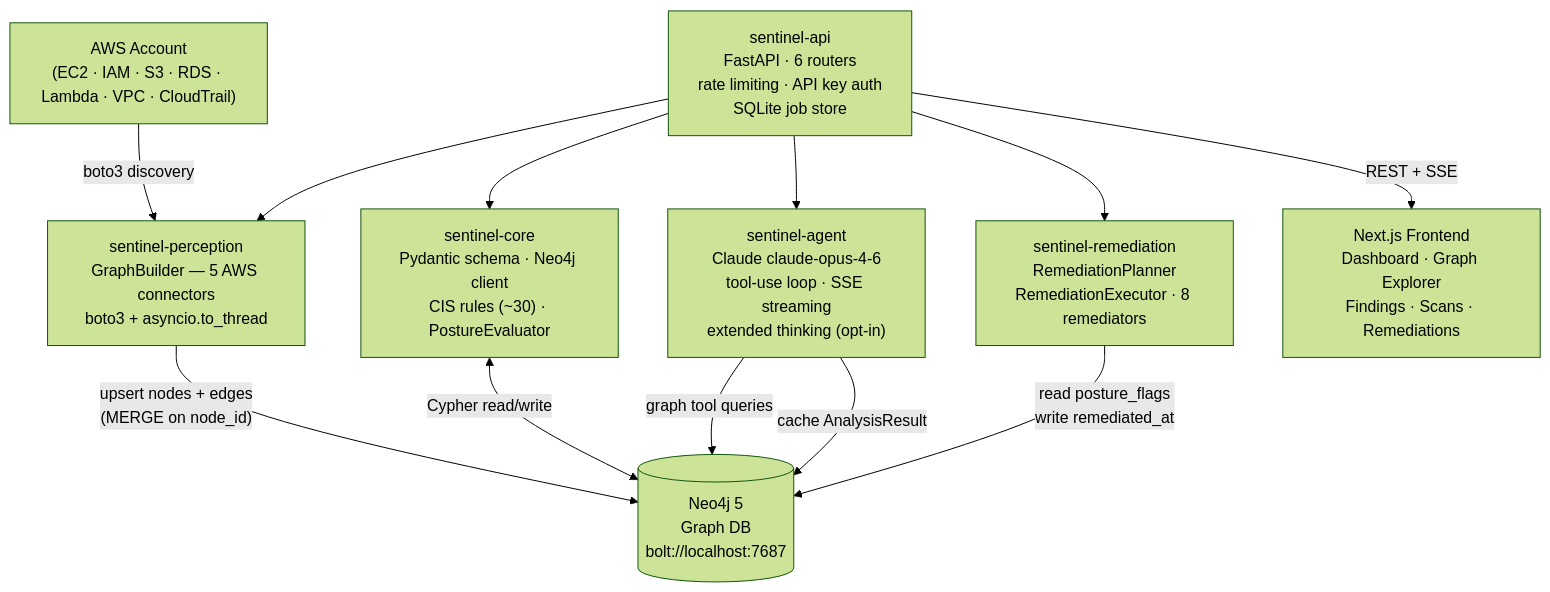
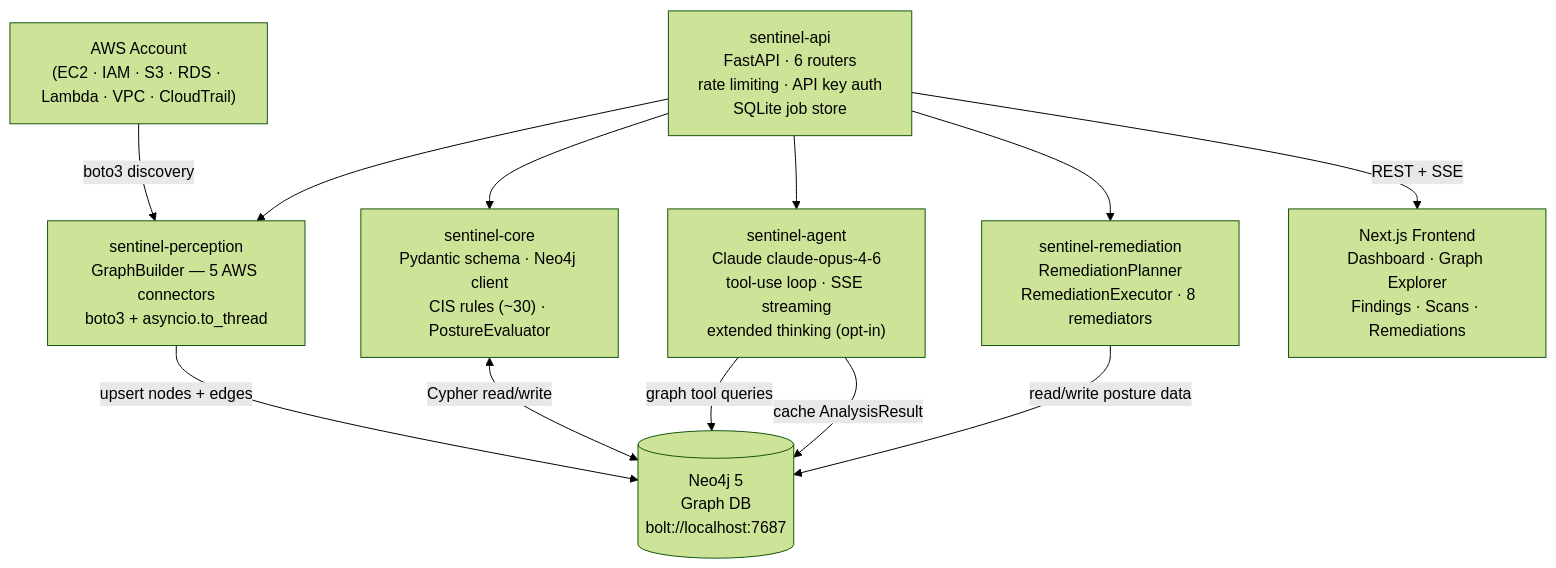
The diagram in README.md (Baselyne-Systems/sentinel), drawn with Mermaid (forest theme) before and after one commit.

Commit message:
Fix Mermaid diagram line breaks in README
Replace \n with <br/> in node labels — \n renders as literal text on
GitHub and most Mermaid renderers. Simplified edge labels that had \n
(unsupported in edge label syntax).

````diff
--- a/README.md
+++ b/README.md
@@ -20,23 +20,23 @@
 ```mermaid
 graph TD
-    AWS["AWS Account\n(EC2 · IAM · S3 · RDS · Lambda · VPC · CloudTrail)"]
-    PERC["sentinel-perception\nGraphBuilder — 5 AWS connectors\nboto3 + asyncio.to_thread"]
-    NEO4J[("Neo4j 5\nGraph DB\nbolt://localhost:7687")]
-    CORE["sentinel-core\nPydantic schema · Neo4j client\nCIS rules (~30) · PostureEvaluator"]
-    AGENT["sentinel-agent\nClaude claude-opus-4-6\ntool-use loop · SSE streaming\nextended thinking (opt-in)"]
-    REMED["sentinel-remediation\nRemediationPlanner\nRemediationExecutor · 8 remediators"]
-    API["sentinel-api\nFastAPI · 6 routers\nrate limiting · API key auth\nSQLite job store"]
-    FRONTEND["Next.js Frontend\nDashboard · Graph Explorer\nFindings · Scans · Remediations"]
+    AWS["AWS Account<br/>(EC2 · IAM · S3 · RDS · Lambda · VPC · CloudTrail)"]
+    PERC["sentinel-perception<br/>GraphBuilder — 5 AWS connectors<br/>boto3 + asyncio.to_thread"]
+    NEO4J[("Neo4j 5<br/>Graph DB<br/>bolt://localhost:7687")]
+    CORE["sentinel-core<br/>Pydantic schema · Neo4j client<br/>CIS rules (~30) · PostureEvaluator"]
+    AGENT["sentinel-agent<br/>Claude claude-opus-4-6<br/>tool-use loop · SSE streaming<br/>extended thinking (opt-in)"]
+    REMED["sentinel-remediation<br/>RemediationPlanner<br/>RemediationExecutor · 8 remediators"]
+    API["sentinel-api<br/>FastAPI · 6 routers<br/>rate limiting · API key auth<br/>SQLite job store"]
+    FRONTEND["Next.js Frontend<br/>Dashboard · Graph Explorer<br/>Findings · Scans · Remediations"]
 
     AWS -->|"boto3 discovery"| PERC
-    PERC -->|"upsert nodes + edges\n(MERGE on node_id)"| NEO4J
+    PERC -->|"upsert nodes + edges"| NEO4J
     CORE <-->|"Cypher read/write"| NEO4J
     AGENT -->|"graph tool queries"| NEO4J
     AGENT -->|"cache AnalysisResult"| NEO4J
-    REMED -->|"read posture_flags\nwrite remediated_at"| NEO4J
+    REMED -->|"read/write posture data"| NEO4J
     API --> CORE
     API --> PERC
     API --> AGENT
     API --> REMED
     API -->|"REST + SSE"| FRONTEND
 ```
````
